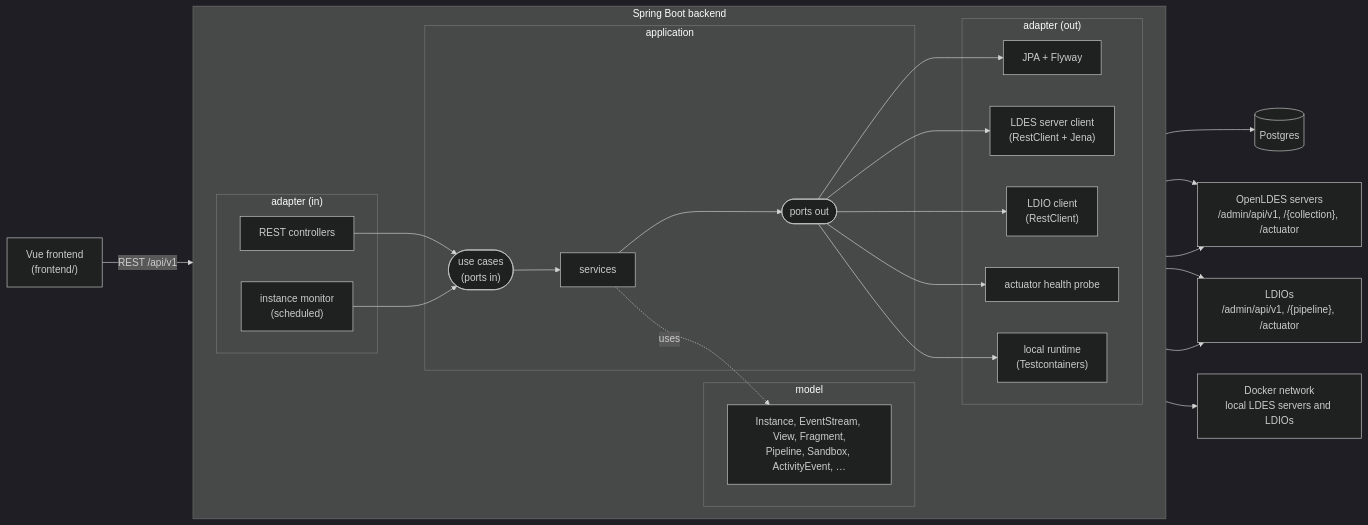
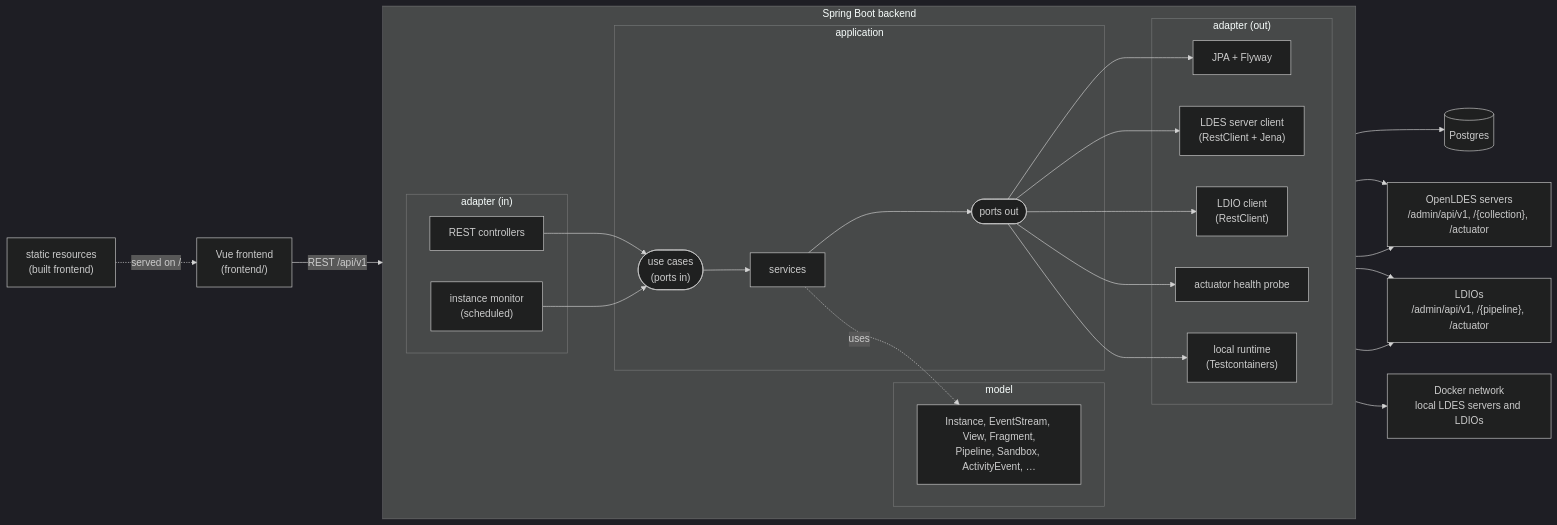
Before and after one commit to OpenLDES/LDES-admin: the diagram in analysis/architecture.md, drawn with Mermaid (dark theme). The commit also changed other lines of this file and 11 other files, not shown here.

````diff
--- a/analysis/architecture.md
+++ b/analysis/architecture.md
@@ -7,34 +7,35 @@
 ```mermaid
 flowchart LR
   browser["Vue frontend<br/>(frontend/)"] -- REST /api/v1 --> rest
+  bootstrap_static["static resources<br/>(built frontend)"] -. served on / .-> browser
 
   subgraph backend["Spring Boot backend"]
     direction LR
     subgraph adapter_in["adapter (in)"]
       rest["REST controllers"]
       scheduler["instance monitor<br/>(scheduled)"]
     end
     subgraph application["application"]
       in(["use cases<br/>(ports in)"]) --> services["services"] --> out(["ports out"])
     end
     subgraph model["model"]
       domain["Instance, EventStream, View, Fragment,<br/>Pipeline, Sandbox, ActivityEvent, …"]
     end
     subgraph adapter_out["adapter (out)"]
       jpa["JPA + Flyway"]
       ldes["LDES server client<br/>(RestClient + Jena)"]
       ldio["LDIO client<br/>(RestClient)"]
       health["actuator health probe"]
       runtime["local runtime<br/>(Testcontainers)"]
     end
     rest & scheduler --> in
     out --> jpa & ldes & ldio & health & runtime
     services -. uses .-> domain
   end
 
   jpa --> postgres[("Postgres")]
   ldes --> server["OpenLDES servers<br/>/admin/api/v1, /{collection}, /actuator"]
   ldio --> orchestrator["LDIOs<br/>/admin/api/v1, /{pipeline}, /actuator"]
   health --> server & orchestrator
   runtime --> docker["Docker network<br/>local LDES servers and LDIOs"]
 ```
````
